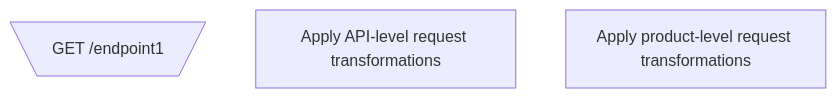
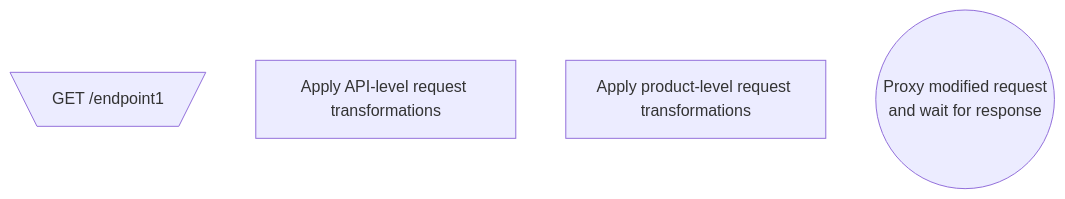
Before and after one commit to olschaefer/docs: the diagram in api-management/transformations.mdx, drawn with Mermaid.

Commit message:
Documentation edits made through Mintlify web editor

````diff
--- a/api-management/transformations.mdx
+++ b/api-management/transformations.mdx
@@ -25,9 +25,11 @@
 ```mermaid
 graph TD
   input[\"GET /endpoint1"/]
   
   apply_api_req_tfs[Apply API-level request transformations]
   apply_product_req_tfs[Apply product-level request transformations]
   
-
+  proxy_and_wait(("Proxy modified request
+  and wait for response"))
+  
 ```
````
